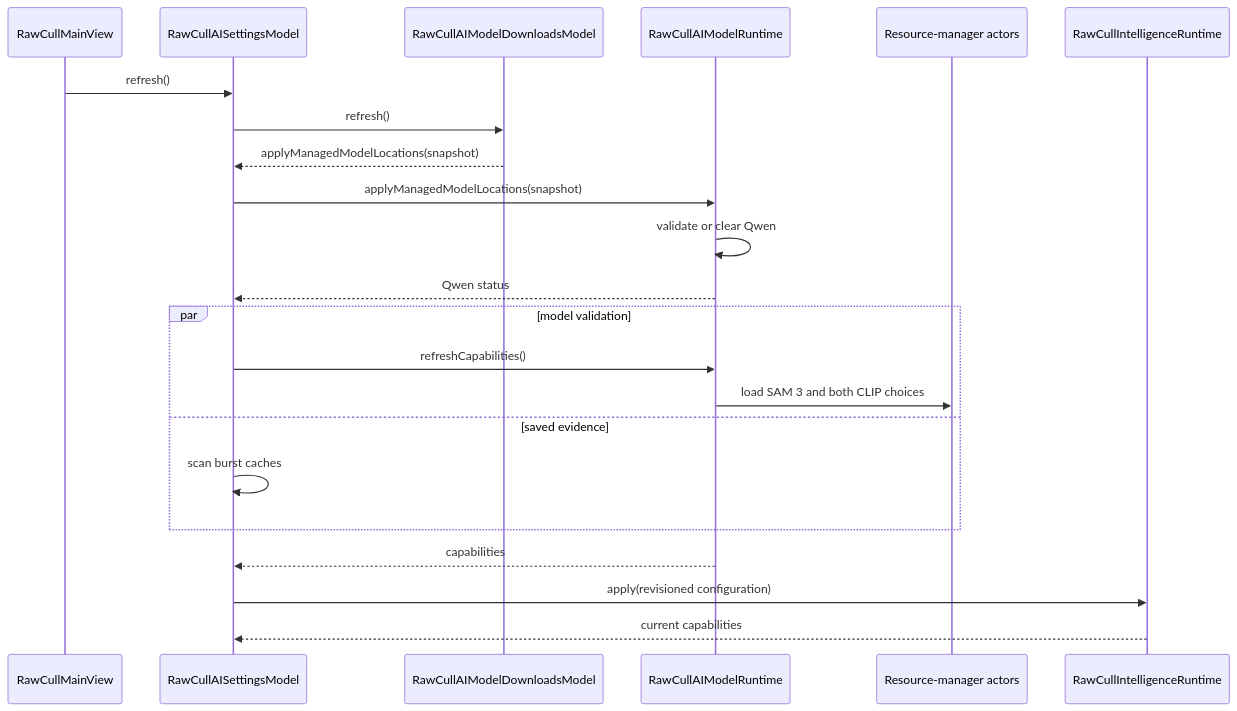
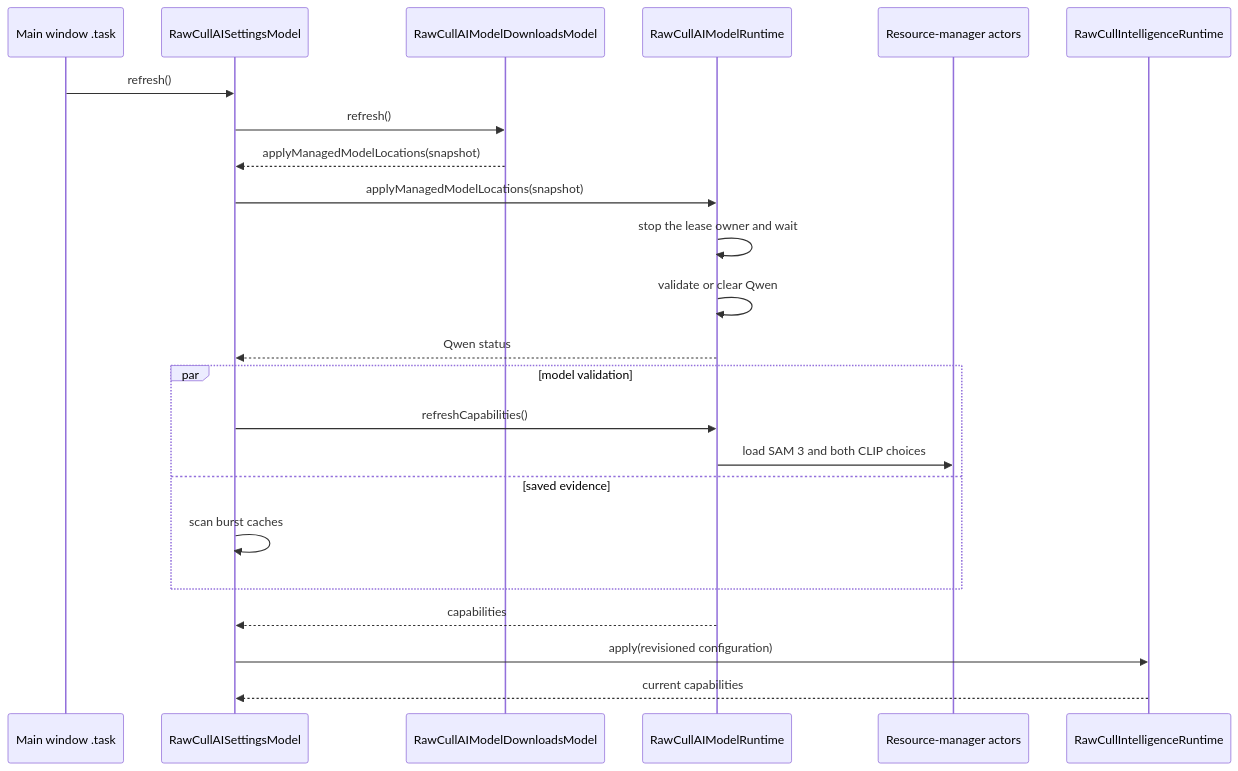
Before and after one commit to rsyncOSX/TechDocRawcull: the second of 2 diagrams in content/en/docs/ai/airuntime.md, drawn with Mermaid. The commit also changed other lines of this file and 42 other files, not shown here.

````diff
--- a/content/en/docs/ai/airuntime.md
+++ b/content/en/docs/ai/airuntime.md
@@ -57,25 +123,26 @@
 ```mermaid
 sequenceDiagram
-    participant View as RawCullMainView
+    participant View as Main window .task
     participant Settings as RawCullAISettingsModel
     participant Downloads as RawCullAIModelDownloadsModel
     participant Models as RawCullAIModelRuntime
     participant Resource as Resource-manager actors
     participant Runtime as RawCullIntelligenceRuntime
 
     View->>Settings: refresh()
     Settings->>Downloads: refresh()
     Downloads-->>Settings: applyManagedModelLocations(snapshot)
     Settings->>Models: applyManagedModelLocations(snapshot)
+    Models->>Models: stop the lease owner and wait
     Models->>Models: validate or clear Qwen
     Models-->>Settings: Qwen status
     par model validation
         Settings->>Models: refreshCapabilities()
         Models->>Resource: load SAM 3 and both CLIP choices
     and saved evidence
         Settings->>Settings: scan burst caches
     end
     Models-->>Settings: capabilities
     Settings->>Runtime: apply(revisioned configuration)
     Runtime-->>Settings: current capabilities
 ```
````
